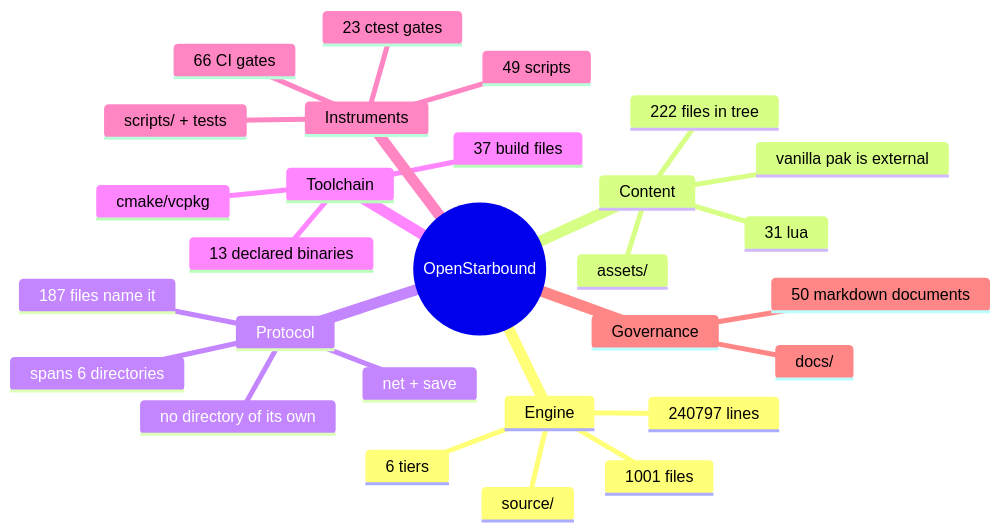
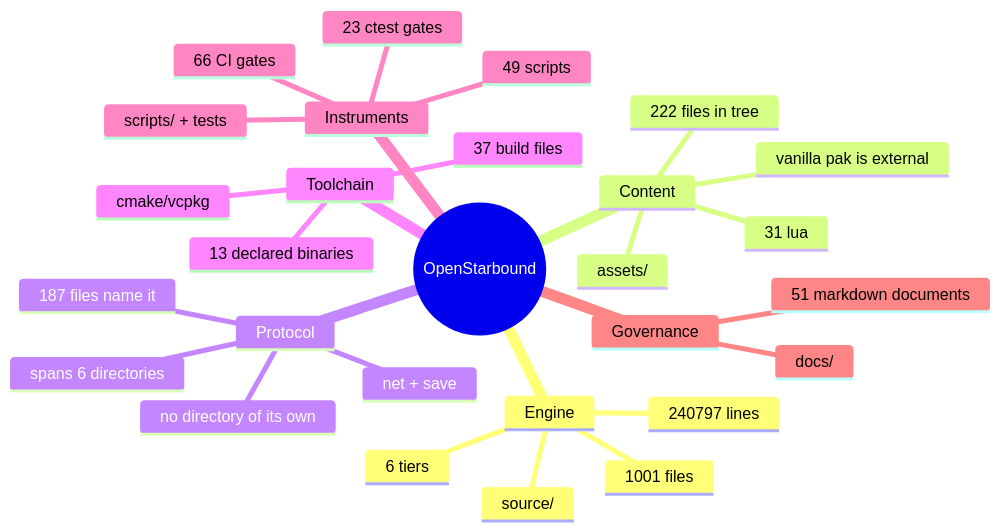
Before and after one commit to apnex/OpenStarbound: the second of 11 diagrams in docs/architecture/system-boundaries.md, drawn with Mermaid. The commit also changed 1 other file, not shown here.

````diff
--- a/docs/architecture/system-boundaries.md
+++ b/docs/architecture/system-boundaries.md
@@ -166,31 +166,31 @@
 ```mermaid
 mindmap
   root((OpenStarbound))
     Engine
       source/
       1001 files
       240797 lines
       6 tiers
     Content
       assets/
       222 files in tree
       31 lua
       vanilla pak is external
     Protocol
       net + save
       187 files name it
       spans 6 directories
       no directory of its own
     Toolchain
       cmake/vcpkg
       37 build files
       13 declared binaries
     Instruments
       scripts/ + tests
       49 scripts
       23 ctest gates
       66 CI gates
     Governance
       docs/
-      50 markdown documents
+      51 markdown documents
 ```
````
